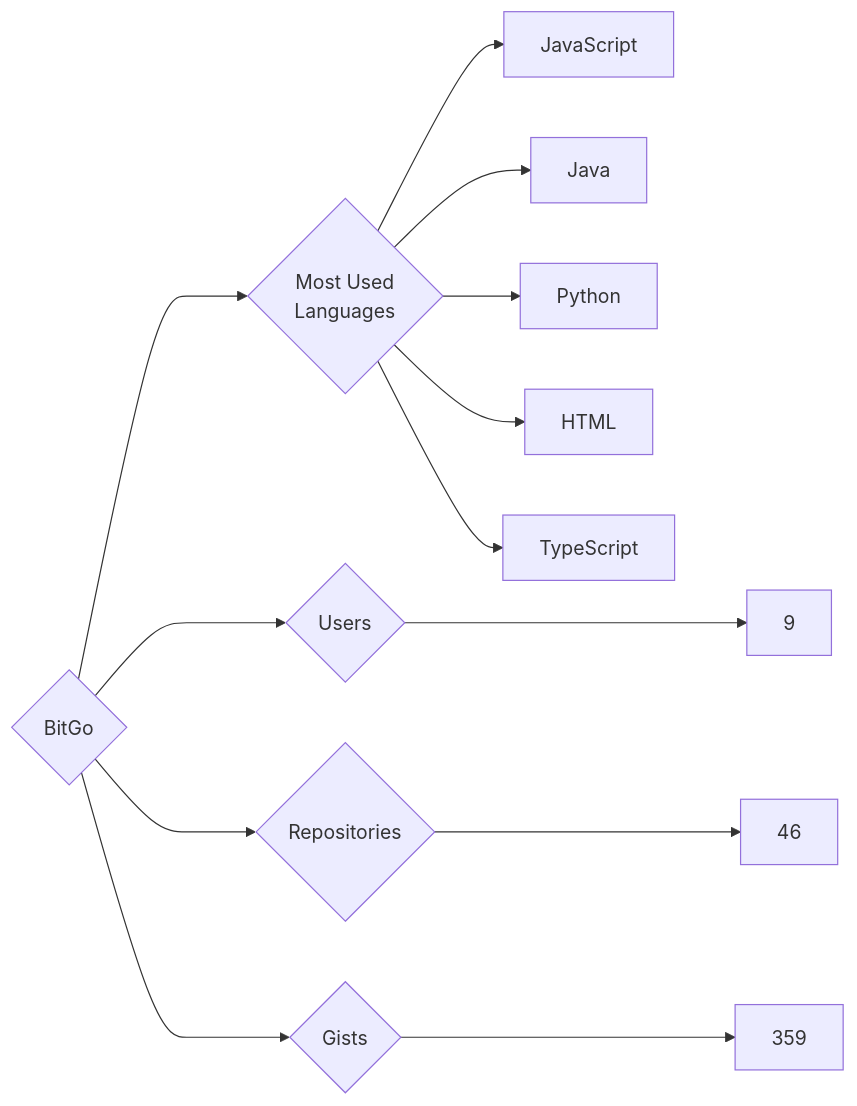
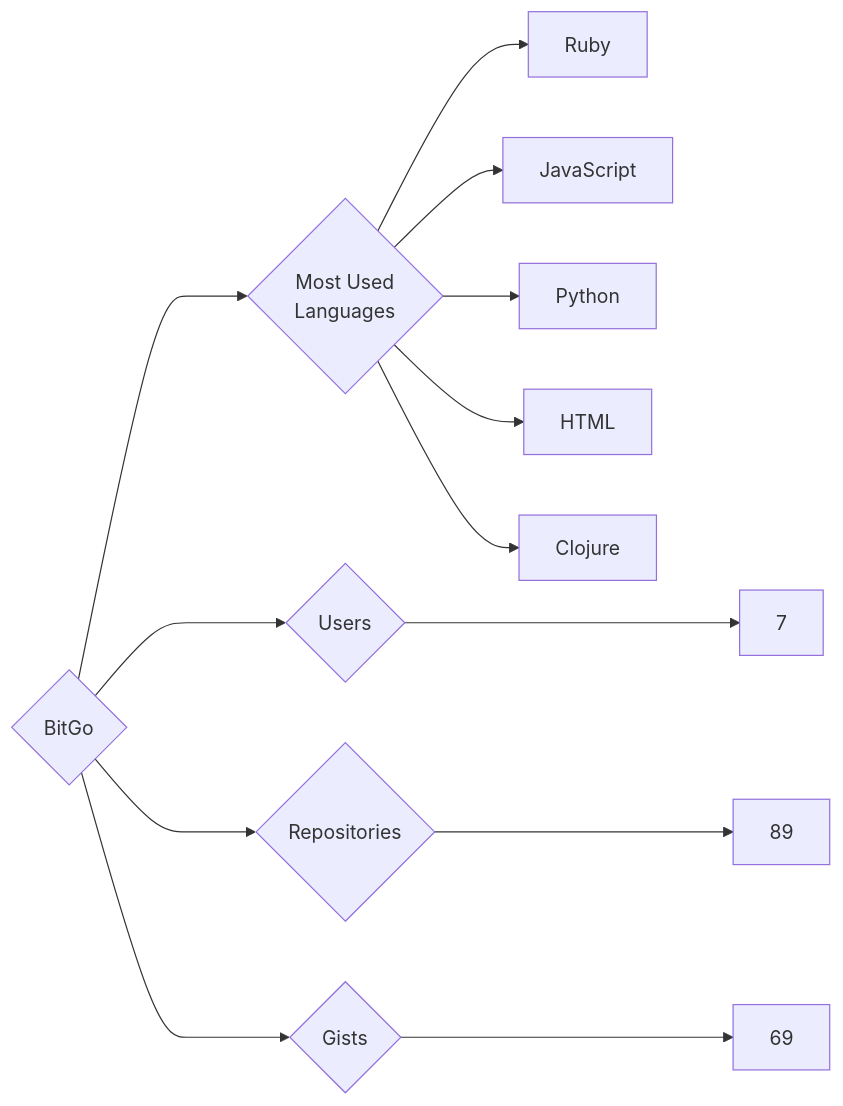
Before and after one commit to trickest/insiders: the diagram in targets/BitGo/README.md, drawn with Mermaid. The commit also changed 679 other files, not shown here.

````diff
--- a/targets/BitGo/README.md
+++ b/targets/BitGo/README.md
@@ -3,13 +3,13 @@
 ```mermaid
 graph LR
 COMPANY_NAME{BitGo}
-COMPANY_NAME ---> U{Users} ---> UN[9]
-COMPANY_NAME ---> R{Repositories} ---> RN[46]
-COMPANY_NAME ---> G{Gists} ---> GN[359]
+COMPANY_NAME ---> U{Users} ---> UN[7]
+COMPANY_NAME ---> R{Repositories} ---> RN[89]
+COMPANY_NAME ---> G{Gists} ---> GN[69]
 COMPANY_NAME ---> ML{Most Used<br>Languages}
+ML --> Ruby[Ruby]
 ML --> JavaScript[JavaScript]
-ML --> Java[Java]
 ML --> Python[Python]
 ML --> HTML[HTML]
-ML --> TypeScript[TypeScript]
+ML --> Clojure[Clojure]
 ```
````
